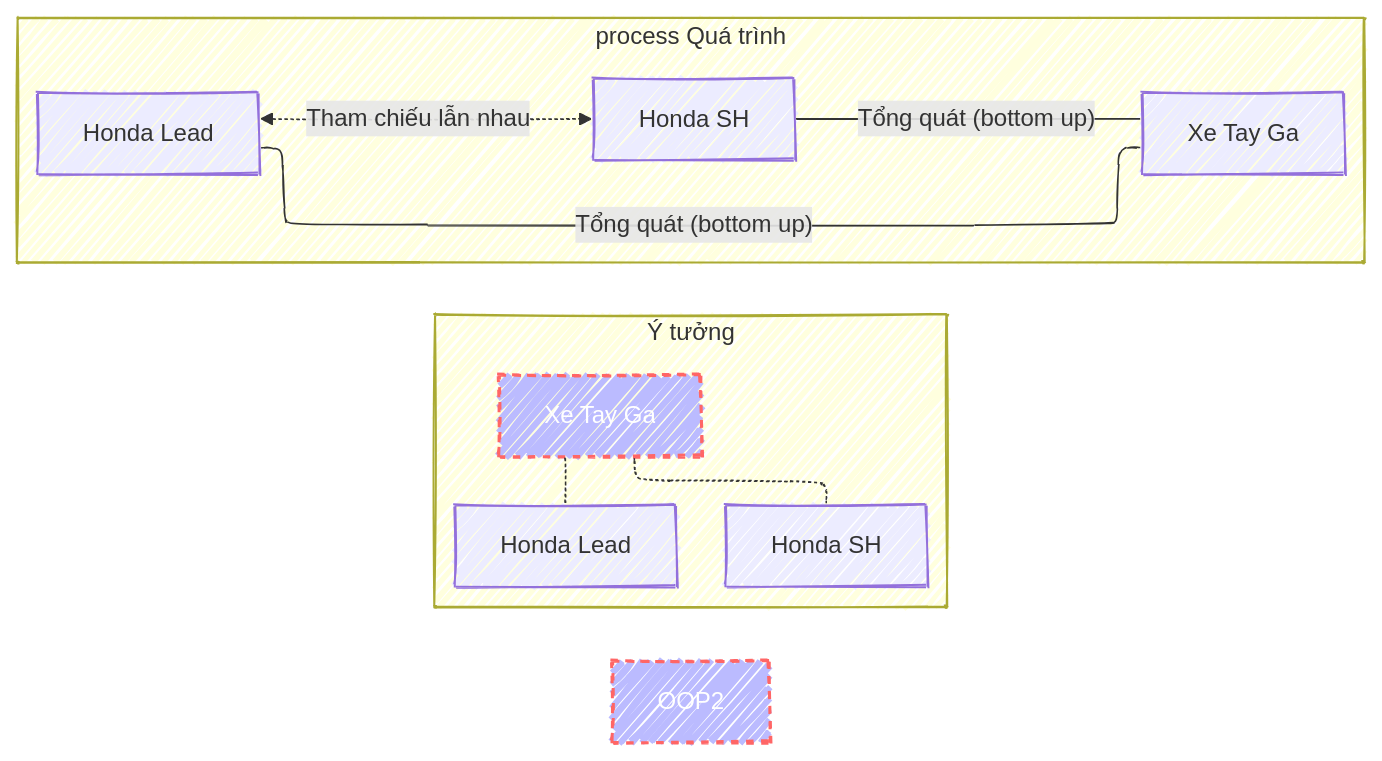
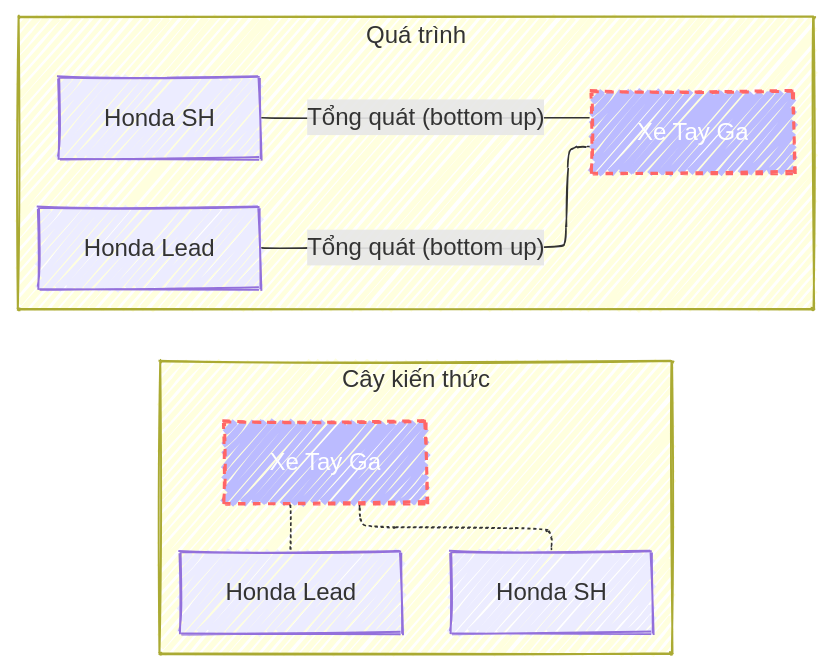
One commit to laiduyha/wei-he changed the first of 3 diagrams in _posts/2024-06-20-cay-kien-thuc.md. Above: the diagram before and after it, drawn with Mermaid. The commit also changed other lines of this file, not shown here.

Commit message:
cây kiến thức v1

````diff
--- a/_posts/2024-06-20-cay-kien-thuc.md
+++ b/_posts/2024-06-20-cay-kien-thuc.md
@@ -50,33 +50,32 @@
 ```mermaid
 ---
 config:
   layout: elk
   look: handDrawn
 ---
 
 flowchart LR
-  subgraph Ý tưởng
+  subgraph 1[Cây kiến thức]
     direction TB
     tayga[Xe Tay Ga]
     lead[Honda Lead]
     sh[Honda SH]
 
     tayga-.-lead
     tayga-.-sh
 
     style tayga fill:#bbf,stroke:#f66,stroke-width:2px,color:#fff,stroke-dasharray: 5 5
   end
 
-  subgraph process Quá trình
+  subgraph 2[Quá trình]
     direction LR
     tayga2[Xe Tay Ga]
     lead2[Honda Lead]
     sh2[Honda SH]
 
     lead2-- Tổng quát (bottom up) ---tayga2
     sh2-- Tổng quát (bottom up) ---tayga2
 
-    lead2<-.Tham chiếu lẫn nhau.->sh2
-    style OOP2 fill:#bbf,stroke:#f66,stroke-width:2px,color:#fff,stroke-dasharray: 5 5
+    style tayga2 fill:#bbf,stroke:#f66,stroke-width:2px,color:#fff,stroke-dasharray: 5 5
   end
 ```
````
